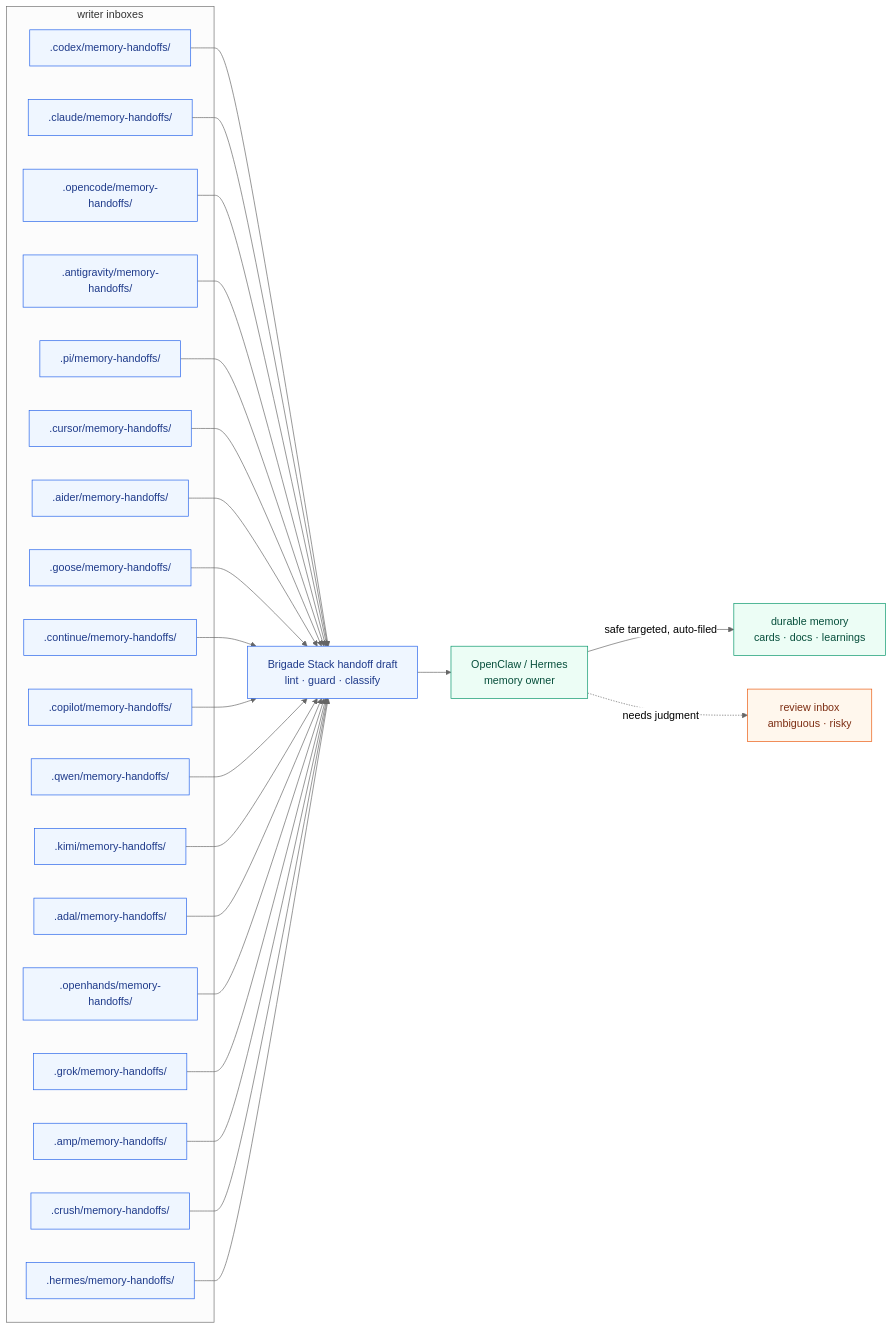
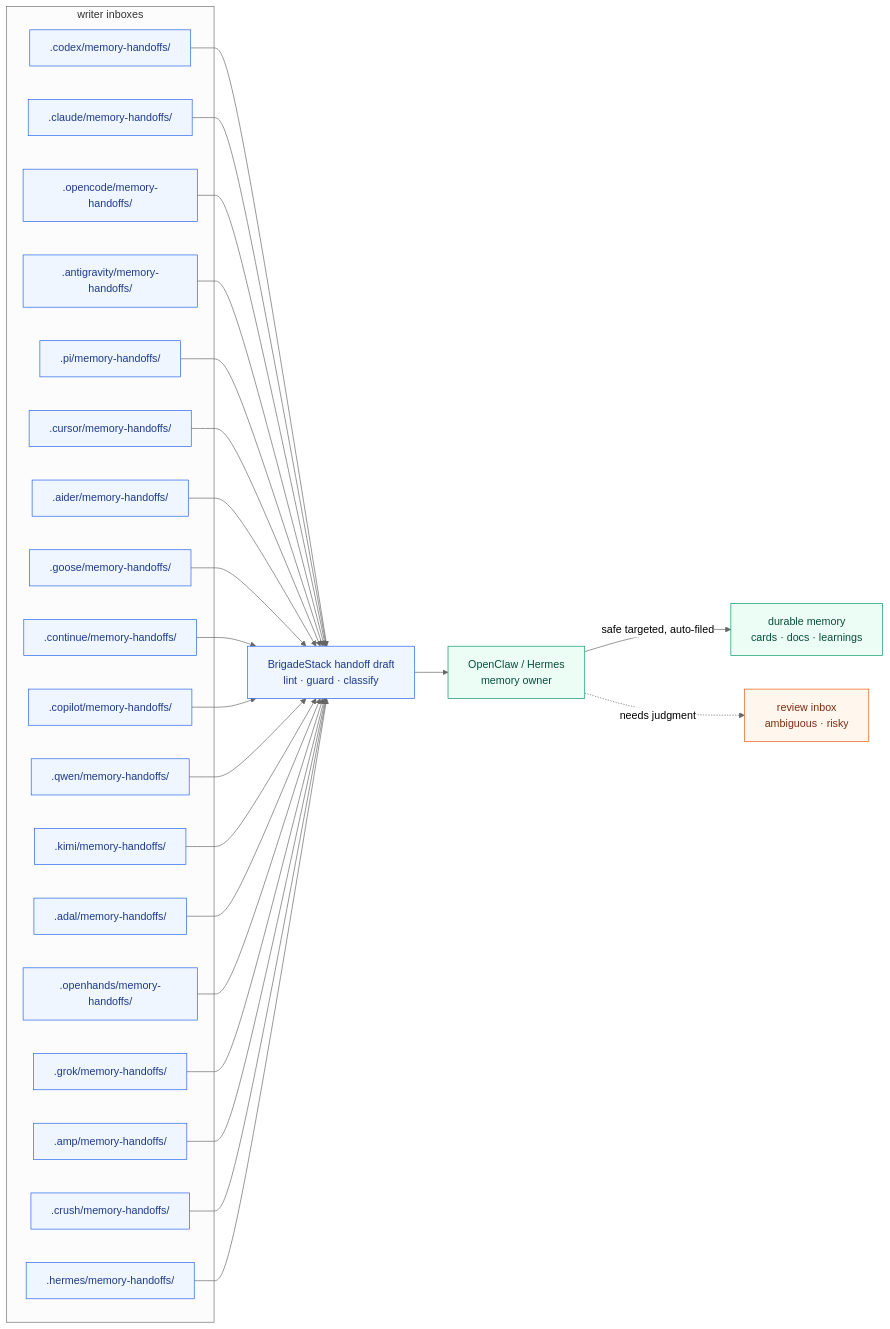
The first of 12 diagrams in docs/overview.md (escoffier-labs/brigade), drawn with Mermaid (neutral theme) before and after one commit. The commit also changed other lines of this file and 42 other files, not shown here.

First line of the commit message:
docs: use BrigadeStack and refresh repository links

````diff
--- a/docs/overview.md
+++ b/docs/overview.md
@@ -180,39 +180,39 @@
 ```mermaid
 flowchart LR
     subgraph WRITERS [" writer inboxes "]
         C[".codex/memory-handoffs/"]
         CL[".claude/memory-handoffs/"]
         O[".opencode/memory-handoffs/"]
         A[".antigravity/memory-handoffs/"]
         P[".pi/memory-handoffs/"]
         CU[".cursor/memory-handoffs/"]
         AI[".aider/memory-handoffs/"]
         G[".goose/memory-handoffs/"]
         CO[".continue/memory-handoffs/"]
         GH[".copilot/memory-handoffs/"]
         Q[".qwen/memory-handoffs/"]
         K[".kimi/memory-handoffs/"]
         AD[".adal/memory-handoffs/"]
         OH[".openhands/memory-handoffs/"]
         GR[".grok/memory-handoffs/"]
         AM[".amp/memory-handoffs/"]
         CR[".crush/memory-handoffs/"]
         H[".hermes/memory-handoffs/"]
     end
 
-    DRAFT["Brigade Stack handoff draft<br/>lint · guard · classify"]
+    DRAFT["BrigadeStack handoff draft<br/>lint · guard · classify"]
     OWNER["OpenClaw / Hermes<br/>memory owner"]
     MEM["durable memory<br/>cards · docs · learnings"]
     INBOX["review inbox<br/>ambiguous · risky"]
 
     C & CL & O & A & P & CU & AI & G & CO & GH & Q & K & AD & OH & GR & AM & CR & H --> DRAFT --> OWNER
     OWNER -->|safe targeted, auto-filed| MEM
     OWNER -.->|needs judgment| INBOX
 
     classDef local fill:#eff6ff,stroke:#2563eb,color:#1e3a8a;
     classDef review fill:#fff7ed,stroke:#ea580c,color:#7c2d12;
     classDef memory fill:#ecfdf5,stroke:#059669,color:#064e3b;
     class C,CL,O,A,P,CU,AI,G,CO,GH,Q,K,AD,OH,GR,AM,CR,H,DRAFT local;
     class INBOX review;
     class OWNER,MEM memory;
 ```
````
